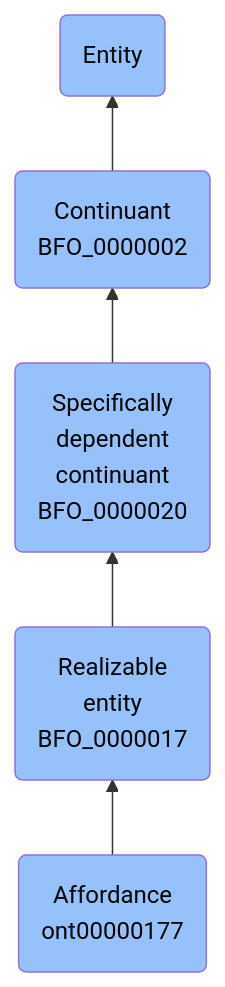
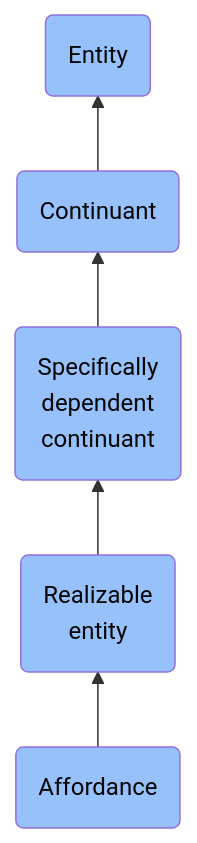
The diagram in docs/ontology/reference/model/Entity/Continuant/Specifically dependent continuant/Realizable entity/Affordance/Affordance.md (jupyter-naas/abi), drawn with Mermaid before and after one commit. The commit also changed other lines of this file and 1430 other files, not shown here.

````diff
--- a/docs/ontology/reference/model/Entity/Continuant/Specifically dependent continuant/Realizable entity/Affordance/Affordance.md
+++ b/docs/ontology/reference/model/Entity/Continuant/Specifically dependent continuant/Realizable entity/Affordance/Affordance.md
@@ -24,12 +24,12 @@
 ```mermaid
 graph BT
-    ont00000177(Affordance<br>ont00000177):::BFO-->BFO_0000017
-    BFO_0000017(Realizable<br>entity<br>BFO_0000017):::BFO-->BFO_0000020
-    BFO_0000020(Specifically<br>dependent<br>continuant<br>BFO_0000020):::BFO-->BFO_0000002
-    BFO_0000002(Continuant<br>BFO_0000002):::BFO-->BFO_0000001
+    ont00000177(Affordance):::BFO-->BFO_0000017
+    BFO_0000017(Realizable<br>entity):::BFO-->BFO_0000020
+    BFO_0000020(Specifically<br>dependent<br>continuant):::BFO-->BFO_0000002
+    BFO_0000002(Continuant):::BFO-->BFO_0000001
     BFO_0000001(Entity):::BFO
     
     classDef BFO fill:#97c1fb,color:#060606
     classDef CCO fill:#e4c51e,color:#060606
     classDef ABI fill:#48DD82,color:#060606
 ```
````
